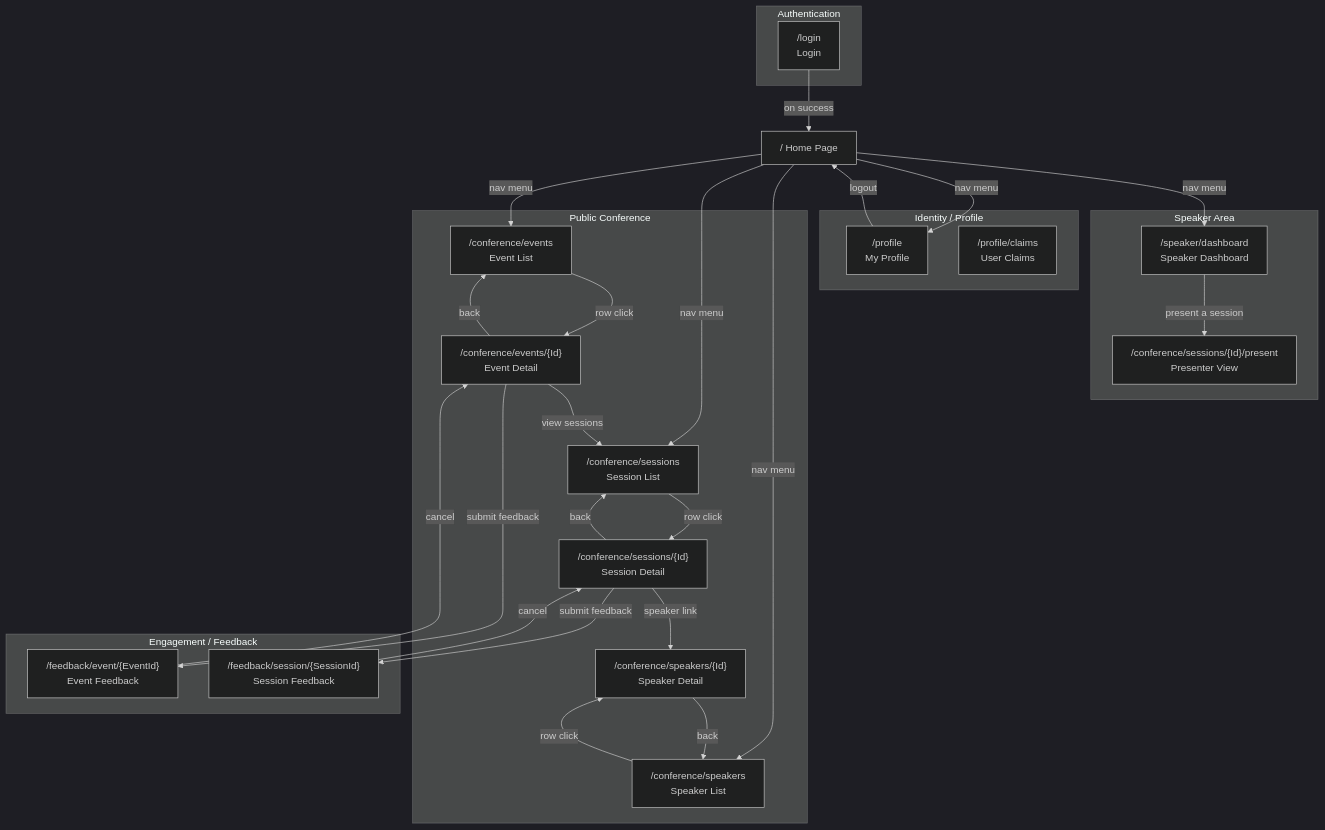
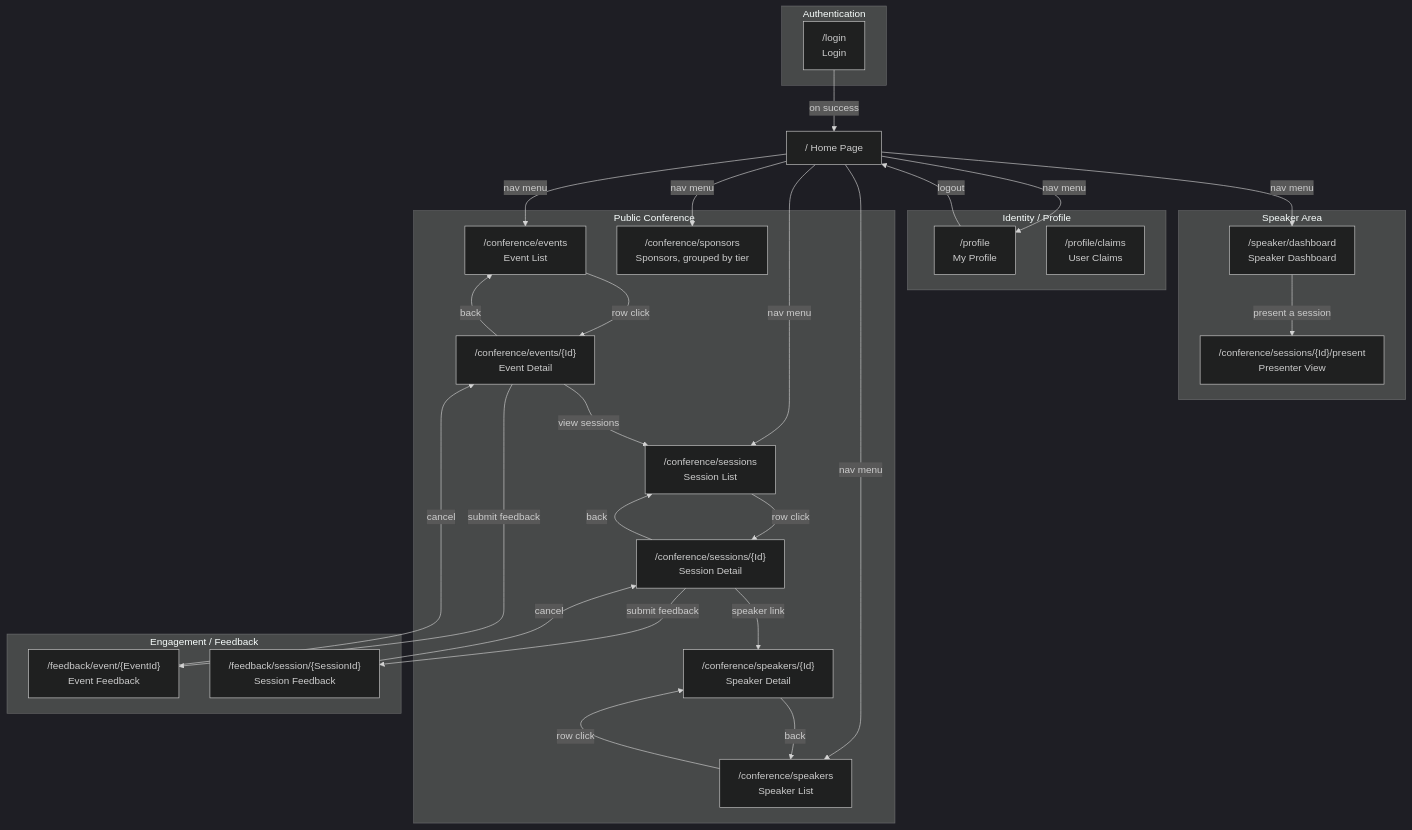
The third of 11 diagrams in docs-src/guides/adc-NavigationFlow.md (ivanball/ivanball.github.io), drawn with Mermaid (dark theme) before and after one commit. The commit also changed other lines of this file and 87 other files, not shown here.

````diff
--- a/docs-src/guides/adc-NavigationFlow.md
+++ b/docs-src/guides/adc-NavigationFlow.md
@@ -137,59 +148,61 @@
 ```mermaid
 flowchart TD
     subgraph Auth["Authentication"]
         Login["/login<br/>Login"]
     end
 
     subgraph Profile["Identity / Profile"]
         MyProfile["/profile<br/>My Profile"]
         Claims["/profile/claims<br/>User Claims"]
     end
 
     subgraph Speaker["Speaker Area"]
         Dashboard["/speaker/dashboard<br/>Speaker Dashboard"]
         Presenter["/conference/sessions/{Id}/present<br/>Presenter View"]
     end
 
     subgraph Public["Public Conference"]
         PubEvents["/conference/events<br/>Event List"]
         PubEventDetail["/conference/events/{Id}<br/>Event Detail"]
         PubSessions["/conference/sessions<br/>Session List"]
         PubSessionDetail["/conference/sessions/{Id}<br/>Session Detail"]
         PubSpeakers["/conference/speakers<br/>Speaker List"]
         PubSpeakerDetail["/conference/speakers/{Id}<br/>Speaker Detail"]
+        PubSponsors["/conference/sponsors<br/>Sponsors, grouped by tier"]
     end
 
     subgraph Engagement["Engagement / Feedback"]
         EventFeedback["/feedback/event/{EventId}<br/>Event Feedback"]
         SessionFeedback["/feedback/session/{SessionId}<br/>Session Feedback"]
     end
 
     Home["/  Home Page"]
 
     Home -->|nav menu| PubEvents
     Home -->|nav menu| PubSessions
     Home -->|nav menu| PubSpeakers
+    Home -->|nav menu| PubSponsors
     Home -->|nav menu| MyProfile
     Home -->|nav menu| Dashboard
 
     Dashboard -->|present a session| Presenter
 
     Login -->|on success| Home
     MyProfile -->|logout| Home
 
     PubEvents -->|row click| PubEventDetail
     PubEventDetail -->|back| PubEvents
     PubEventDetail -->|view sessions| PubSessions
     PubEventDetail -->|submit feedback| EventFeedback
 
     PubSessions -->|row click| PubSessionDetail
     PubSessionDetail -->|back| PubSessions
     PubSessionDetail -->|speaker link| PubSpeakerDetail
     PubSessionDetail -->|submit feedback| SessionFeedback
 
     PubSpeakers -->|row click| PubSpeakerDetail
     PubSpeakerDetail -->|back| PubSpeakers
 
     EventFeedback -->|cancel| PubEventDetail
     SessionFeedback -->|cancel| PubSessionDetail
 ```
````
